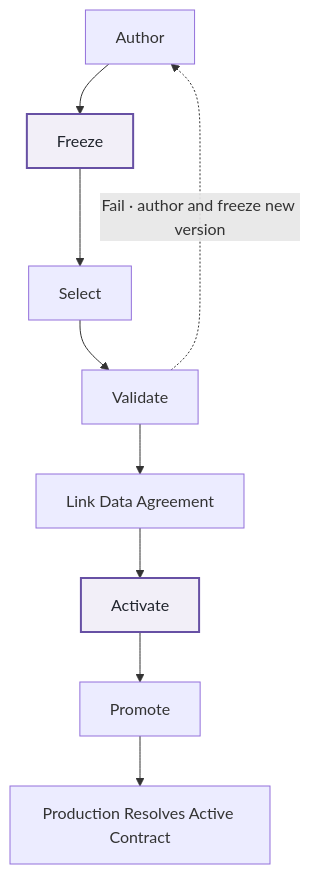
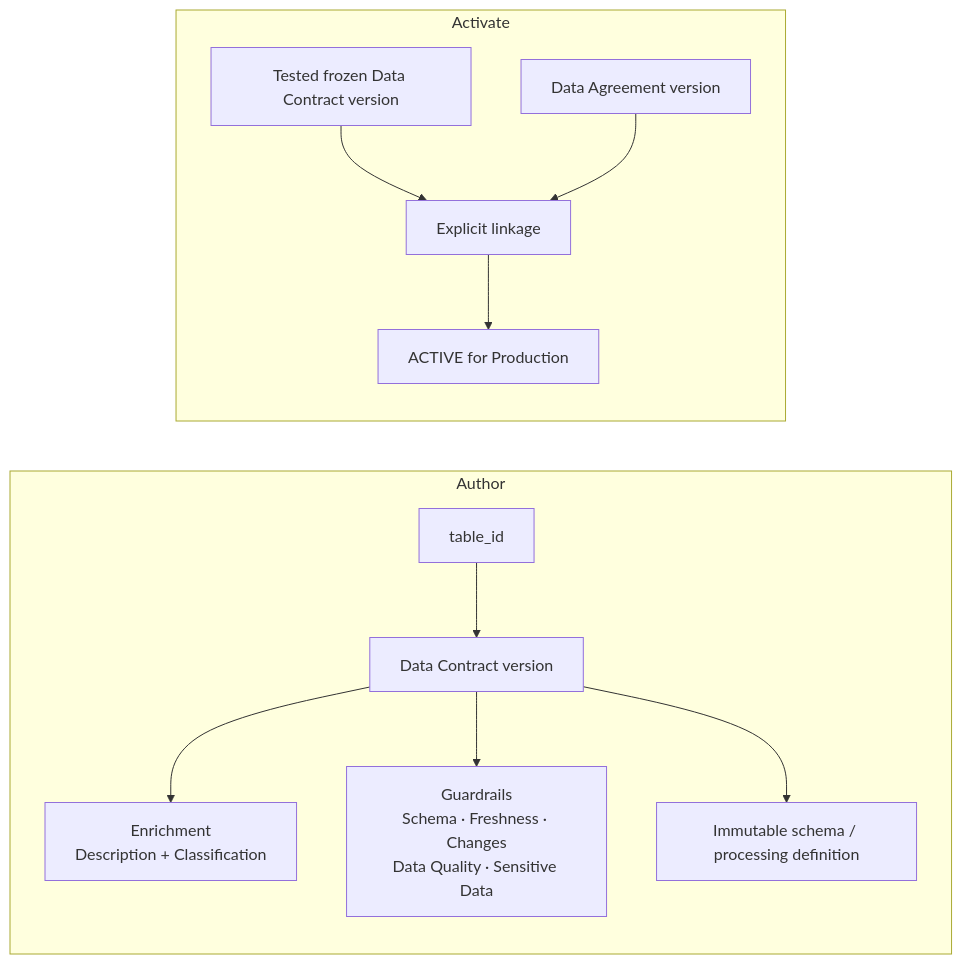
One commit to Voycepeh/FabricOps-Starter-Kit changed the first of 2 diagrams in docs/how-fabricops-works.md. Above: the diagram before and after it, drawn with Mermaid. The commit also changed other lines of this file and 15 other files, not shown here.

````diff
--- a/docs/how-fabricops-works.md
+++ b/docs/how-fabricops-works.md
@@ -311,8 +321,14 @@
 ```mermaid
-flowchart TD
-    AUTHOR["Author"] --> FREEZE["Freeze"] --> SELECT["Select"] --> VALIDATE["Validate"] --> LINK["Link Data Agreement"] --> ACTIVATE["Activate"] --> PROMOTE["Promote"] --> PROD["Production Resolves Active Contract"]
-    VALIDATE -. "Fail · author and freeze new version" .-> AUTHOR
-
-    classDef focal fill:#f2eff8,stroke:#6750a4,stroke-width:2px,color:#20242d;
-    class FREEZE,ACTIVATE focal;
+flowchart LR
+    subgraph AUTHOR[Author]
+        TABLE["table_id"] --> CONTRACT["Data Contract version"]
+        CONTRACT --> ENRICH["Enrichment<br/>Description + Classification"]
+        CONTRACT --> RULES["Guardrails<br/>Schema · Freshness · Changes<br/>Data Quality · Sensitive Data"]
+        CONTRACT --> SNAPSHOT["Immutable schema / processing definition"]
+    end
+    subgraph ACTIVATE[Activate]
+        TESTED["Tested frozen Data Contract version"] --> LINK["Explicit linkage"]
+        AGREEMENT["Data Agreement version"] --> LINK
+        LINK --> ACTIVE["ACTIVE for Production"]
+    end
 ```
````
